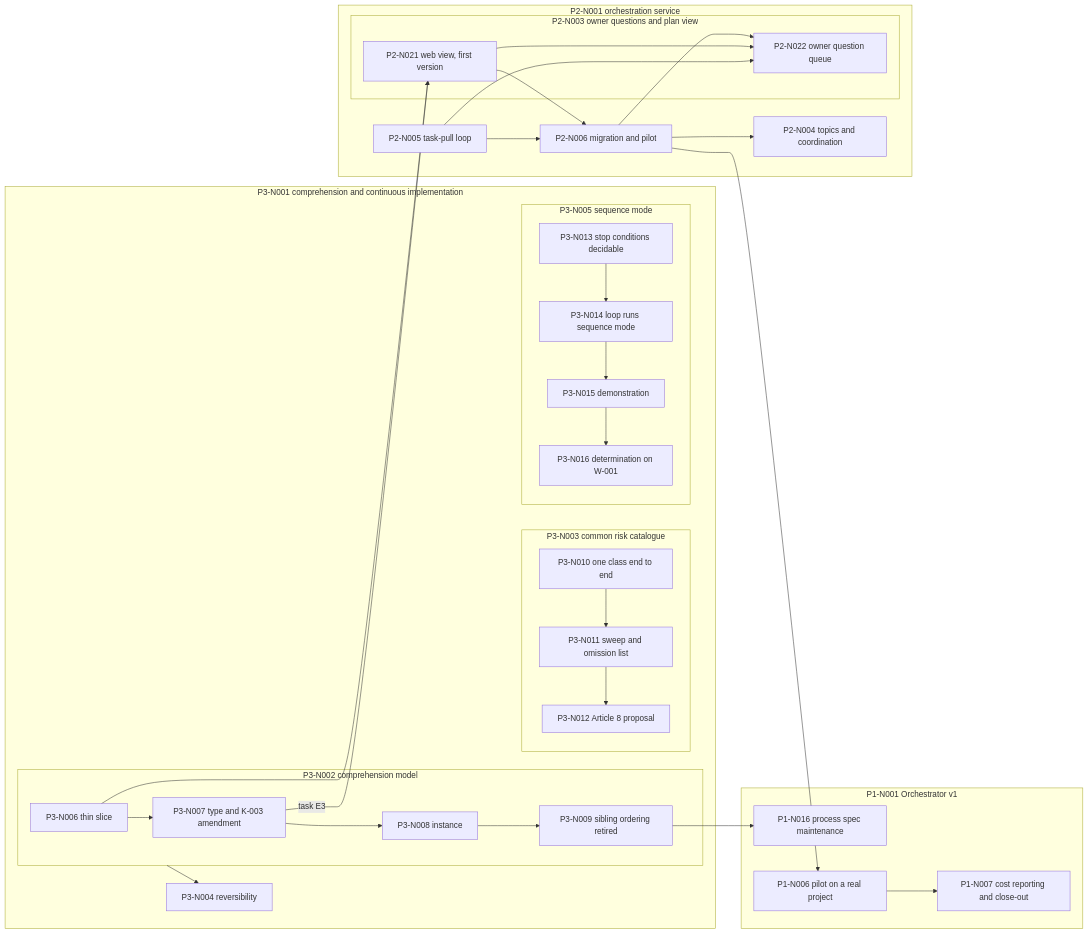
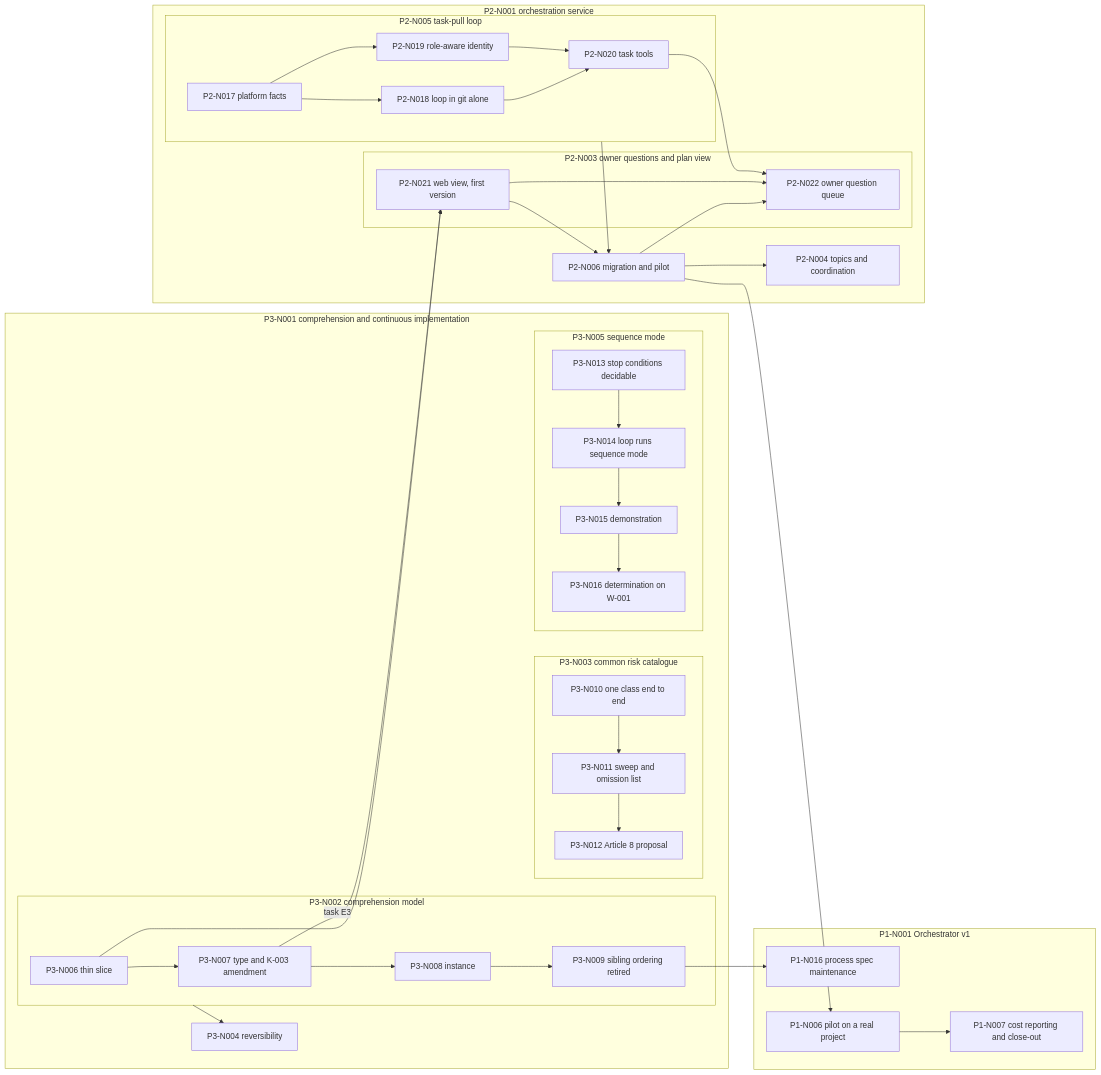
The diagram in docs/plan.md (majodali/project-orchestrator), drawn with Mermaid before and after one commit. The commit also changed other lines of this file and 7 other files, not shown here.

````diff
--- a/docs/plan.md
+++ b/docs/plan.md
@@ -477,52 +505,59 @@
 ```mermaid
 graph LR
   subgraph P1N001["P1-N001 Orchestrator v1"]
     P1N016["P1-N016 process spec maintenance"]
     P1N006["P1-N006 pilot on a real project"]
     P1N007["P1-N007 cost reporting and close-out"]
   end
   subgraph P2N001["P2-N001 orchestration service"]
     subgraph P2N003["P2-N003 owner questions and plan view"]
       P2N021["P2-N021 web view, first version"]
       P2N022["P2-N022 owner question queue"]
     end
     P2N004["P2-N004 topics and coordination"]
-    P2N005["P2-N005 task-pull loop"]
+    subgraph P2N005["P2-N005 task-pull loop"]
+      P2N017["P2-N017 platform facts"]
+      P2N018["P2-N018 loop in git alone"]
+      P2N019["P2-N019 role-aware identity"]
+      P2N020["P2-N020 task tools"]
+    end
     P2N006["P2-N006 migration and pilot"]
   end
   subgraph P3N001["P3-N001 comprehension and continuous implementation"]
     subgraph P3N002["P3-N002 comprehension model"]
       P3N006["P3-N006 thin slice"]
       P3N007["P3-N007 type and K-003 amendment"]
       P3N008["P3-N008 instance"]
       P3N009["P3-N009 sibling ordering retired"]
     end
     subgraph P3N003["P3-N003 common risk catalogue"]
       P3N010["P3-N010 one class end to end"]
       P3N011["P3-N011 sweep and omission list"]
       P3N012["P3-N012 Article 8 proposal"]
     end
     P3N004["P3-N004 reversibility"]
     subgraph P3N005["P3-N005 sequence mode"]
       P3N013["P3-N013 stop conditions decidable"]
       P3N014["P3-N014 loop runs sequence mode"]
       P3N015["P3-N015 demonstration"]
       P3N016["P3-N016 determination on W-001"]
     end
   end
   P3N006 --> P3N007 --> P3N008 --> P3N009
   P3N010 --> P3N011 --> P3N012
   P3N013 --> P3N014 --> P3N015 --> P3N016
   P3N002 --> P3N004
   P3N006 --> P2N021
   P3N007 -->|task E3| P2N021
   P2N021 --> P2N006
   P2N006 --> P2N022
   P2N021 --> P2N022
-  P2N005 --> P2N022
+  P2N017 --> P2N018 --> P2N020
+  P2N017 --> P2N019 --> P2N020
+  P2N020 --> P2N022
   P2N005 --> P2N006
   P2N006 --> P2N004
   P2N006 --> P1N006
   P1N006 --> P1N007
   P3N009 --> P1N016
 ```
````
